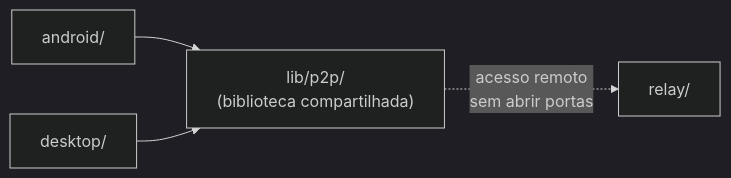
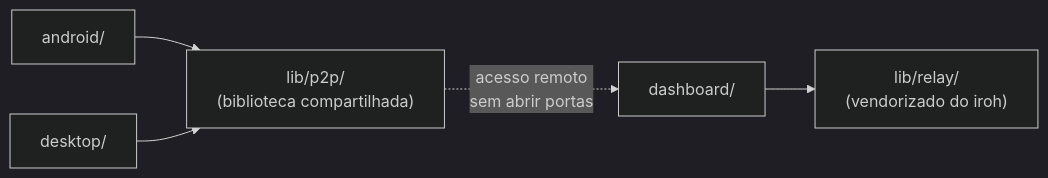
The diagram in README.md (Vinicius-Gabriel-P-Leitao/acerola-reader), drawn with Mermaid (dark theme) before and after one commit. The commit also changed other lines of this file and 81 other files, not shown here.

First line of the commit message:
[chore](monorepo): move relay/ para lib/relay/, cria dashboard/

````diff
--- a/README.md
+++ b/README.md
@@ -16,6 +17,7 @@
 ```mermaid
 flowchart LR
     Android["android/"] --> P2P["lib/p2p/\n(biblioteca compartilhada)"]
     Desktop["desktop/"] --> P2P
-    P2P -.->|"acesso remoto\nsem abrir portas"| Relay["relay/"]
+    Dashboard["dashboard/"] --> Relay["lib/relay/\n(vendorizado do iroh)"]
+    P2P -.->|"acesso remoto\nsem abrir portas"| Dashboard
 ```
````
